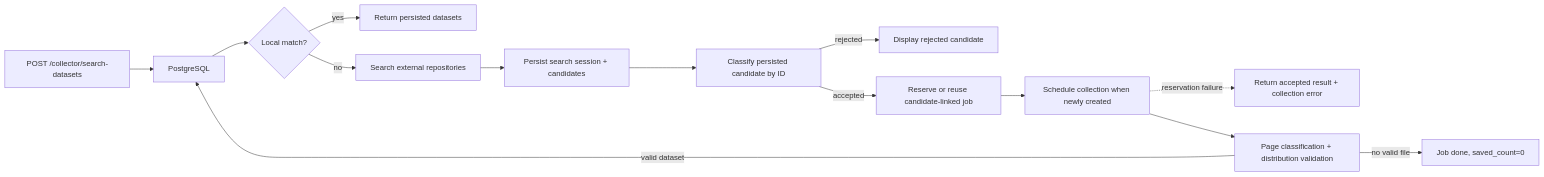
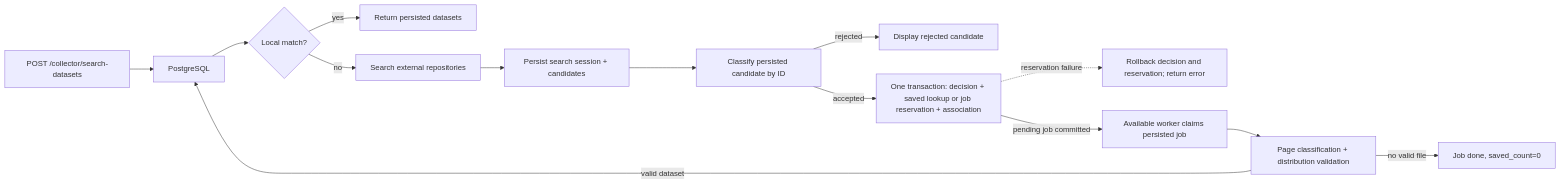
The second of 4 diagrams in docs/technical-design-document.md (nicolasberlin/global-health-dataset-catalog), drawn with Mermaid before and after one commit. The commit also changed other lines of this file and 18 other files, not shown here.

Commit message:
Persist collection dispatch and make accepted classification reads idempotent

````diff
--- a/docs/technical-design-document.md
+++ b/docs/technical-design-document.md
@@ -125,16 +125,16 @@
 ```mermaid
 flowchart LR
     Search["POST /collector/search-datasets"] --> PostgreSQL
     PostgreSQL --> Match{"Local match?"}
     Match -->|yes| Local["Return persisted datasets"]
     Match -->|no| External["Search external repositories"]
     External --> PersistCandidate["Persist search session + candidates"]
     PersistCandidate --> RepoClassify["Classify persisted candidate by ID"]
     RepoClassify -->|rejected| Display["Display rejected candidate"]
-    RepoClassify -->|accepted| CandidateJob["Reserve or reuse candidate-linked job"]
-    CandidateJob --> Reserve["Schedule collection when newly created"]
-    Reserve -. reservation failure .-> ScheduleError["Return accepted result + collection error"]
-    Reserve --> Validation["Page classification + distribution validation"]
+    RepoClassify -->|accepted| CandidateJob["One transaction: decision + saved lookup or job reservation + association"]
+    CandidateJob -. reservation failure .-> ScheduleError["Rollback decision and reservation; return error"]
+    CandidateJob -->|pending job committed| Worker["Available worker claims persisted job"]
+    Worker --> Validation["Page classification + distribution validation"]
     Validation -->|valid dataset| PostgreSQL
     Validation -->|no valid file| Empty["Job done, saved_count=0"]
 ```
````
